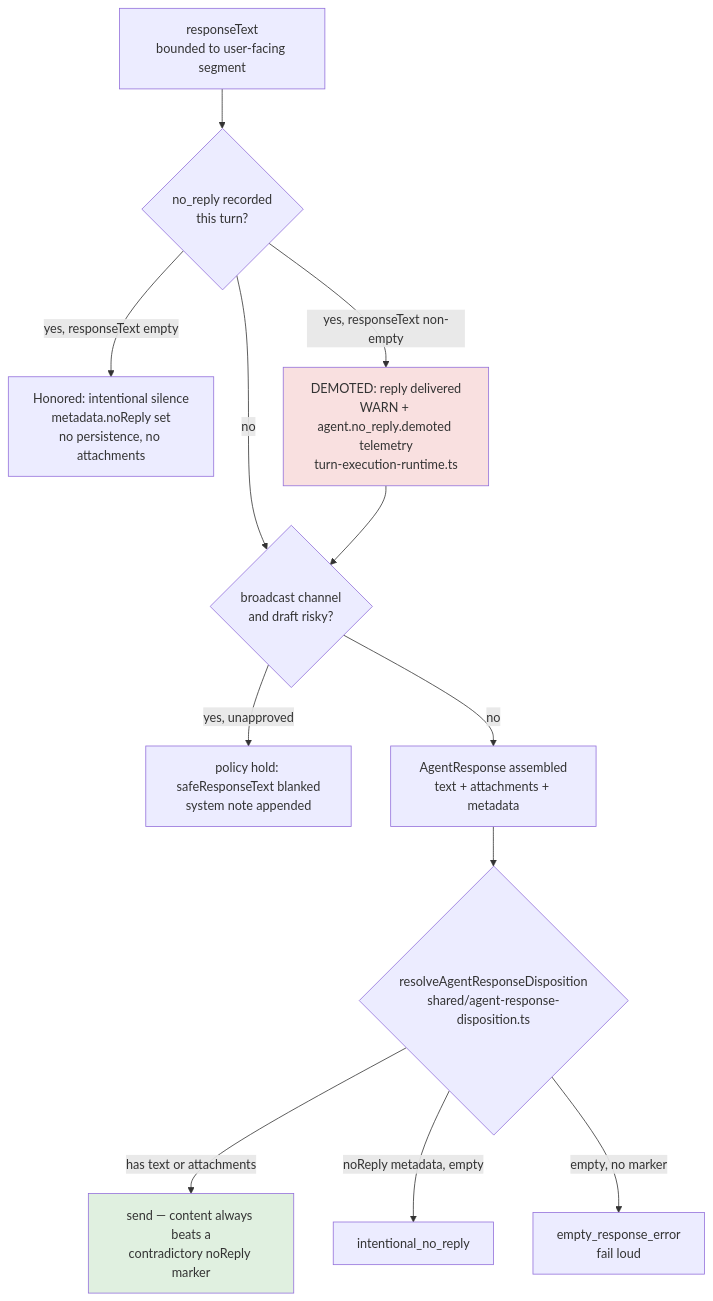
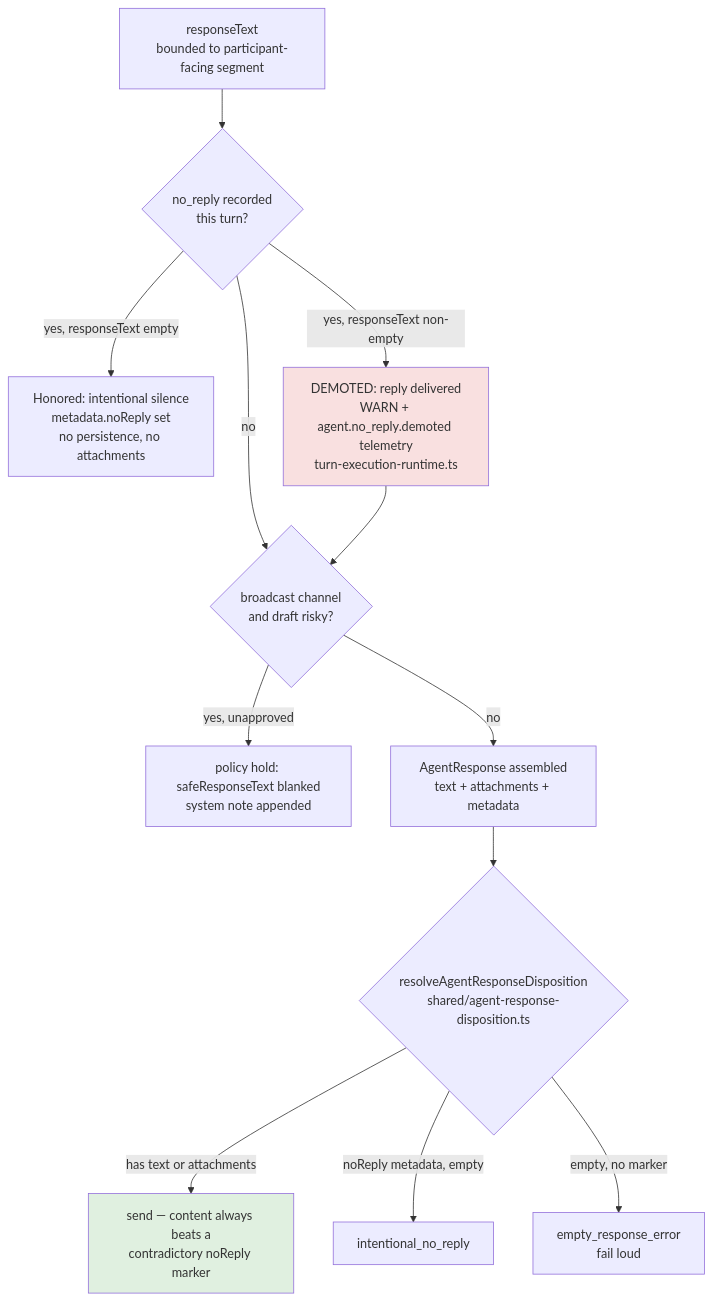
One commit to CGIC-AI/psfn-framework changed the third of 4 diagrams in docs/chat-turn-lifecycle.md. Above: the diagram before and after it, drawn with Mermaid. The commit also changed other lines of this file and 14 other files, not shown here.

````diff
--- a/docs/chat-turn-lifecycle.md
+++ b/docs/chat-turn-lifecycle.md
@@ -94,17 +94,17 @@
 ```mermaid
 flowchart TD
-    RT[responseText<br/>bounded to user-facing segment] --> NR{no_reply recorded<br/>this turn?}
+    RT[responseText<br/>bounded to participant-facing segment] --> NR{no_reply recorded<br/>this turn?}
     NR -->|no| BC
     NR -->|yes, responseText empty| HONOR[Honored: intentional silence<br/>metadata.noReply set<br/>no persistence, no attachments]
     NR -->|yes, responseText non-empty| DEMOTE[DEMOTED: reply delivered<br/>WARN + agent.no_reply.demoted telemetry<br/>turn-execution-runtime.ts]
     DEMOTE --> BC{broadcast channel<br/>and draft risky?}
     BC -->|yes, unapproved| HELD[policy hold: safeResponseText blanked<br/>system note appended]
     BC -->|no| SEND[AgentResponse assembled<br/>text + attachments + metadata]
     SEND --> LM{resolveAgentResponseDisposition<br/>shared/agent-response-disposition.ts}
     LM -->|has text or attachments| DELIVER[send — content always beats a<br/>contradictory noReply marker]
     LM -->|noReply metadata, empty| SILENT[intentional_no_reply]
     LM -->|empty, no marker| ERR[empty_response_error<br/>fail loud]
 
     style DEMOTE fill:#f9e0e0
     style DELIVER fill:#e0f0e0
 ```
````
